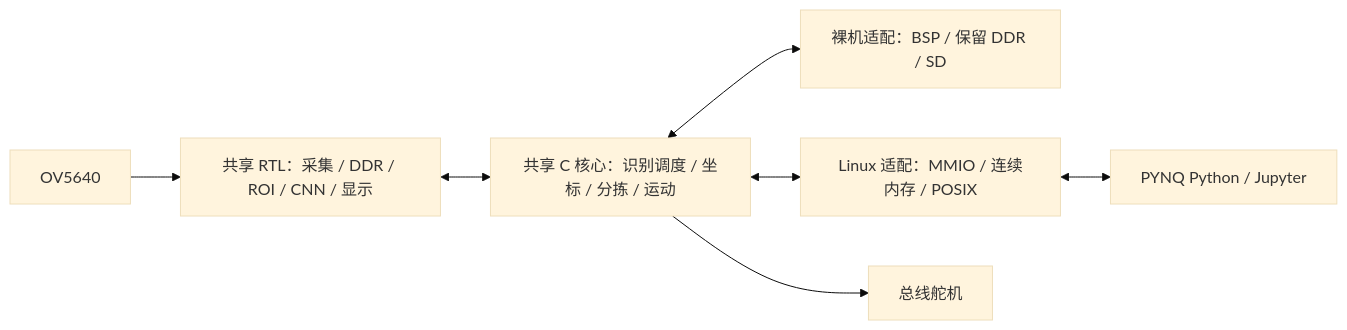
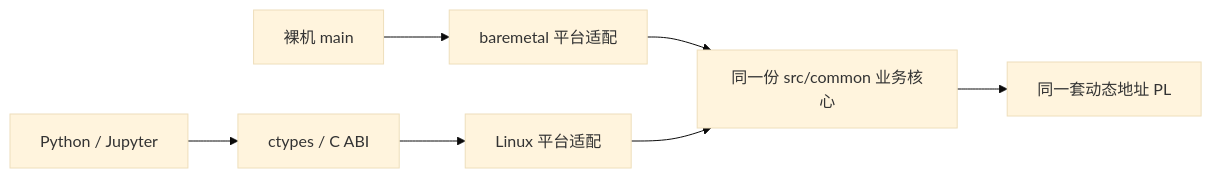
One commit to gao-778/pynq-screw-sorter changed the second of 2 diagrams in report/architecture.md. Above: the diagram before and after it, drawn with Mermaid (base theme). The commit also changed other lines of this file and 14 other files, not shown here.

````diff
--- a/report/architecture.md
+++ b/report/architecture.md
@@ -3,9 +97,9 @@
 ```mermaid
 flowchart LR
-    CAM[OV5640] --> PL[共享 RTL：采集 / DDR / ROI / CNN / 显示]
-    PL <--> CORE[共享 C 核心：识别调度 / 坐标 / 分拣 / 运动]
-    CORE <--> BM[裸机适配：BSP / 保留 DDR / SD]
-    CORE <--> LX[Linux 适配：MMIO / 连续内存 / POSIX]
-    LX <--> PY[PYNQ Python / Jupyter]
-    CORE --> ARM[总线舵机]
+    BM[裸机 main] --> BMA[baremetal 平台适配]
+    PY[Python / Jupyter] --> ABI[ctypes / C ABI]
+    ABI --> LXA[Linux 平台适配]
+    BMA --> C[同一份 src/common 业务核心]
+    LXA --> C
+    C --> HW[同一套动态地址 PL]
 ```
````
